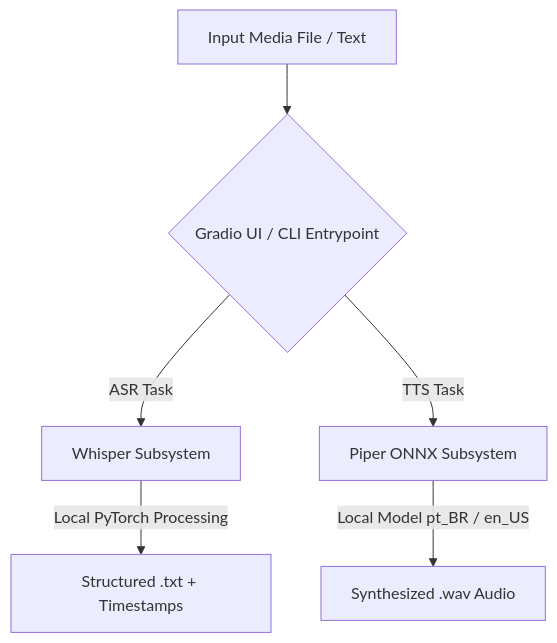
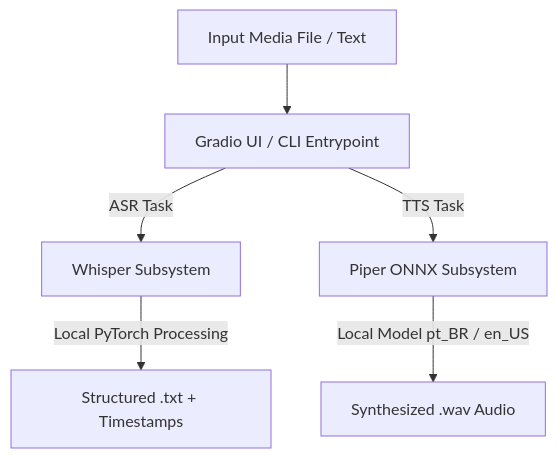
The diagram in README.md (SueliHora/fofoca), drawn with Mermaid before and after one commit. The commit also changed other lines of this file and 1 other file, not shown here.

Commit message:
docs: fix mermaid syntax, side-by-side ui layout and standardize uv installation

````diff
--- a/README.md
+++ b/README.md
@@ -28,8 +28,8 @@
 ```mermaid
 graph TD
-    A[Input Media File / Text] --> B{Gradio UI / CLI Entrypoint}
-    B -->|ASR Task| C[Whisper Subsystem]
-    C -->|Local PyTorch Processing| D[Structured .txt + Timestamps]
-    B -->|TTS Task| E[Piper ONNX Subsystem]
-    E -->|Local Model pt_BR / en_US| F[Synthesized .wav Audio]
+    A["Input Media File / Text"] --> B["Gradio UI / CLI Entrypoint"]
+    B -->|ASR Task| C["Whisper Subsystem"]
+    C -->|Local PyTorch Processing| D["Structured .txt + Timestamps"]
+    B -->|TTS Task| E["Piper ONNX Subsystem"]
+    E -->|Local Model pt_BR / en_US| F["Synthesized .wav Audio"]
 ```
````
